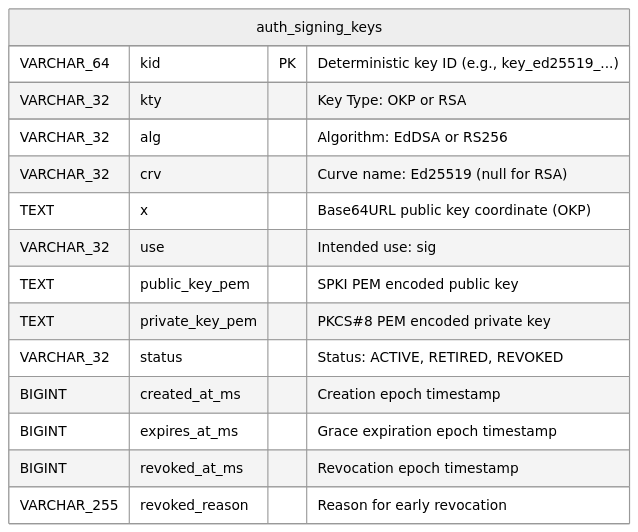
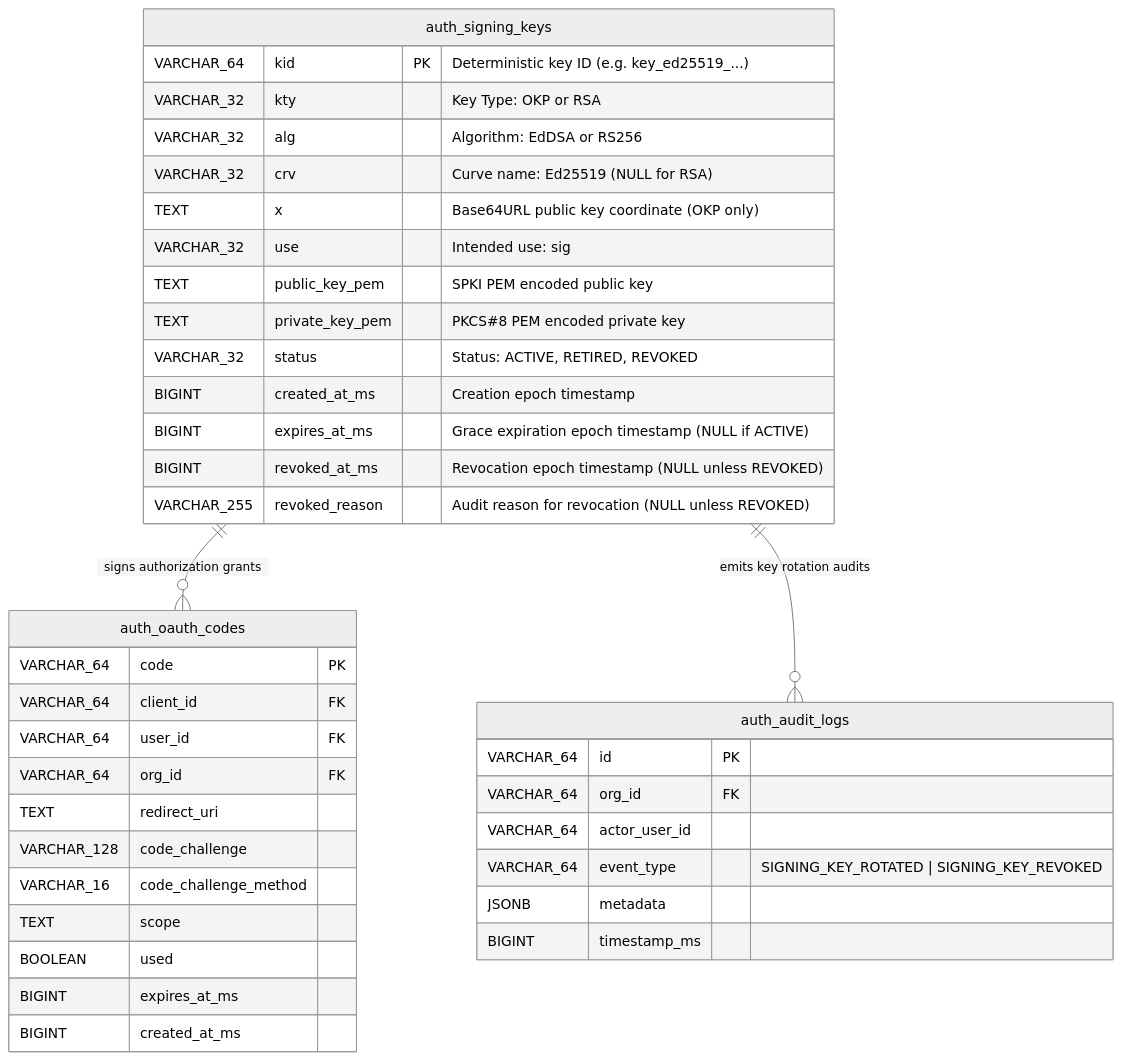
Before and after one commit to Scaibu/auth: the second of 6 diagrams in adr/0038-standardized-eddsa-ed25519-jwks-key-rotation.md, drawn with Mermaid (neutral theme). The commit also changed other lines of this file, not shown here.

Commit message:
docs(auth): expand ADR 0038 with 5x5 adversity grid, ERD and failure contracts

````diff
--- a/adr/0038-standardized-eddsa-ed25519-jwks-key-rotation.md
+++ b/adr/0038-standardized-eddsa-ed25519-jwks-key-rotation.md
@@ -202,18 +294,44 @@
 ```mermaid
 erDiagram
+    auth_signing_keys ||--o{ auth_oauth_codes : "signs authorization grants"
+    auth_signing_keys ||--o{ auth_audit_logs : "emits key rotation audits"
+
     auth_signing_keys {
-        VARCHAR_64 kid PK "Deterministic key ID (e.g., key_ed25519_...)"
+        VARCHAR_64 kid PK "Deterministic key ID (e.g. key_ed25519_...)"
         VARCHAR_32 kty "Key Type: OKP or RSA"
         VARCHAR_32 alg "Algorithm: EdDSA or RS256"
-        VARCHAR_32 crv "Curve name: Ed25519 (null for RSA)"
-        TEXT x "Base64URL public key coordinate (OKP)"
+        VARCHAR_32 crv "Curve name: Ed25519 (NULL for RSA)"
+        TEXT x "Base64URL public key coordinate (OKP only)"
         VARCHAR_32 use "Intended use: sig"
         TEXT public_key_pem "SPKI PEM encoded public key"
         TEXT private_key_pem "PKCS#8 PEM encoded private key"
         VARCHAR_32 status "Status: ACTIVE, RETIRED, REVOKED"
         BIGINT created_at_ms "Creation epoch timestamp"
-        BIGINT expires_at_ms "Grace expiration epoch timestamp"
-        BIGINT revoked_at_ms "Revocation epoch timestamp"
-        VARCHAR_255 revoked_reason "Reason for early revocation"
+        BIGINT expires_at_ms "Grace expiration epoch timestamp (NULL if ACTIVE)"
+        BIGINT revoked_at_ms "Revocation epoch timestamp (NULL unless REVOKED)"
+        VARCHAR_255 revoked_reason "Audit reason for revocation (NULL unless REVOKED)"
+    }
+
+    auth_oauth_codes {
+        VARCHAR_64 code PK
+        VARCHAR_64 client_id FK
+        VARCHAR_64 user_id FK
+        VARCHAR_64 org_id FK
+        TEXT redirect_uri
+        VARCHAR_128 code_challenge
+        VARCHAR_16 code_challenge_method
+        TEXT scope
+        BOOLEAN used
+        BIGINT expires_at_ms
+        BIGINT created_at_ms
+    }
+
+    auth_audit_logs {
+        VARCHAR_64 id PK
+        VARCHAR_64 org_id FK
+        VARCHAR_64 actor_user_id
+        VARCHAR_64 event_type "SIGNING_KEY_ROTATED | SIGNING_KEY_REVOKED"
+        JSONB metadata
+        BIGINT timestamp_ms
     }
 ```
````
